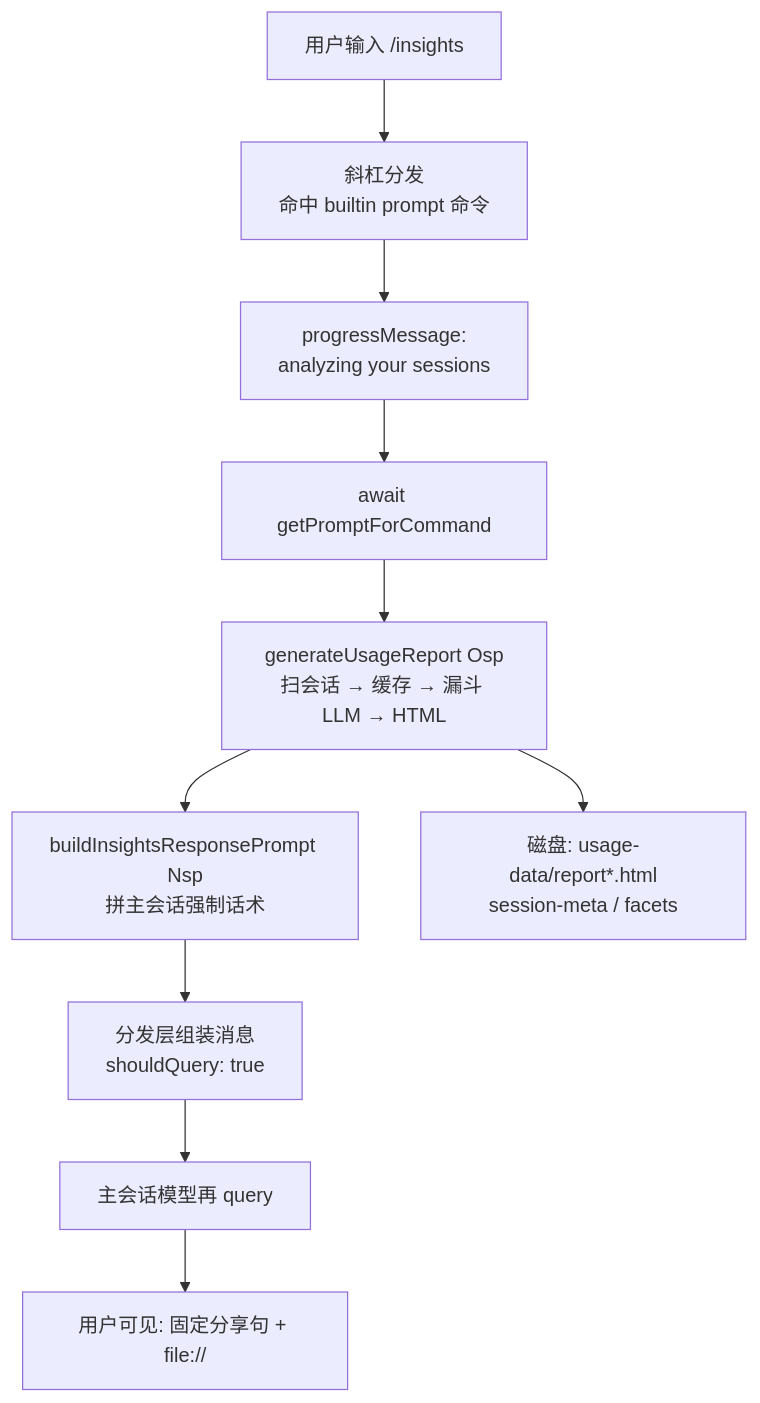
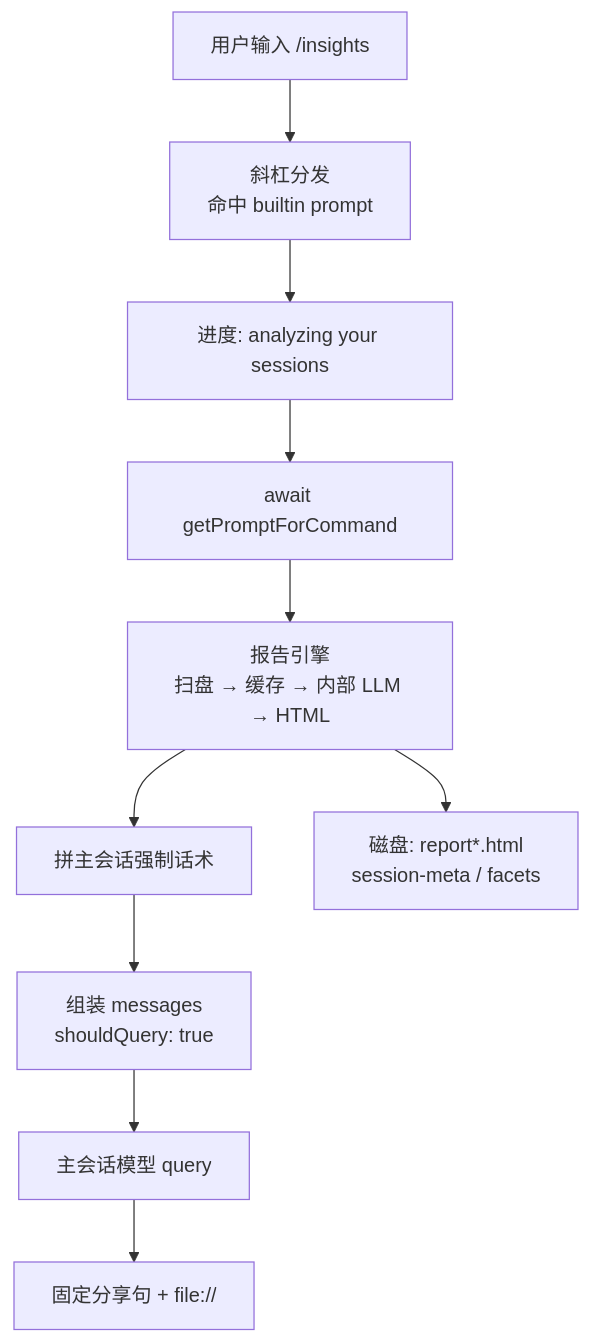
One commit to phaseddd/claude-code-research changed the first of 2 diagrams in analysis/mechanisms/claude-code-insights-slash-command.md. Above: the diagram before and after it, drawn with Mermaid. The commit also changed other lines of this file and 1 other file, not shown here.

First line of the commit message:
docs(analysis): make /insights mechanism readable without minify soup

````diff
--- a/analysis/mechanisms/claude-code-insights-slash-command.md
+++ b/analysis/mechanisms/claude-code-insights-slash-command.md
@@ -40,12 +42,12 @@
 ```mermaid
 flowchart TD
-  A["用户输入 /insights"] --> B["斜杠分发<br/>命中 builtin prompt 命令"]
-  B --> C["progressMessage:<br/>analyzing your sessions"]
+  A["用户输入 /insights"] --> B["斜杠分发<br/>命中 builtin prompt"]
+  B --> C["进度: analyzing your sessions"]
   C --> D["await getPromptForCommand"]
-  D --> E["generateUsageReport Osp<br/>扫会话 → 缓存 → 漏斗 LLM → HTML"]
-  E --> F["buildInsightsResponsePrompt Nsp<br/>拼主会话强制话术"]
-  F --> G["分发层组装消息<br/>shouldQuery: true"]
-  G --> H["主会话模型再 query"]
-  H --> I["用户可见: 固定分享句 + file://"]
-  E --> J["磁盘: usage-data/report*.html<br/>session-meta / facets"]
+  D --> E["报告引擎<br/>扫盘 → 缓存 → 内部 LLM → HTML"]
+  E --> F["拼主会话强制话术"]
+  F --> G["组装 messages<br/>shouldQuery: true"]
+  G --> H["主会话模型 query"]
+  H --> I["固定分享句 + file://"]
+  E --> J["磁盘: report*.html<br/>session-meta / facets"]
 ```
````
